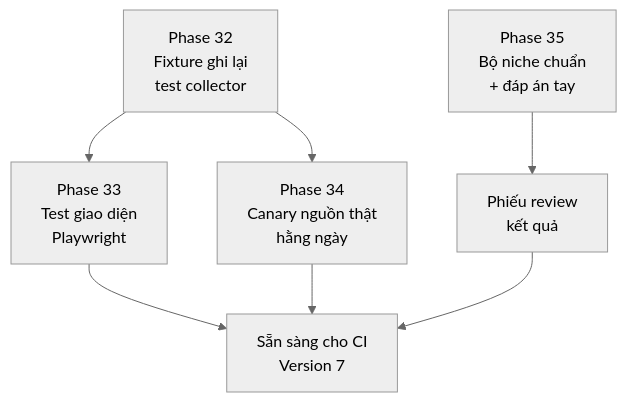
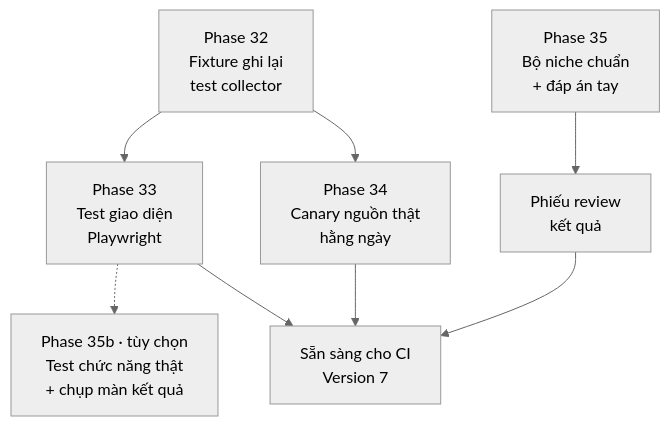
The diagram in docs/version-6.md (nvminhtu/niche-radar-docs), drawn with Mermaid (neutral theme) before and after one commit. The commit also changed other lines of this file and 2 other files, not shown here.

Commit message:
docs(v6): thêm Phase 35b tùy chọn — search thật + chụp màn kết quả

````diff
--- a/docs/version-6.md
+++ b/docs/version-6.md
@@ -20,7 +20,8 @@
 ```mermaid
 flowchart TB
   F[Phase 32<br/>Fixture ghi lại<br/>test collector] --> E[Phase 33<br/>Test giao diện<br/>Playwright]
   F --> K[Phase 34<br/>Canary nguồn thật<br/>hằng ngày]
   G[Phase 35<br/>Bộ niche chuẩn<br/>+ đáp án tay] --> RV[Phiếu review<br/>kết quả]
+  E -.-> FT[Phase 35b · tùy chọn<br/>Test chức năng thật<br/>+ chụp màn kết quả]
   E & K & RV --> OK[Sẵn sàng cho CI<br/>Version 7]
 ```
````
